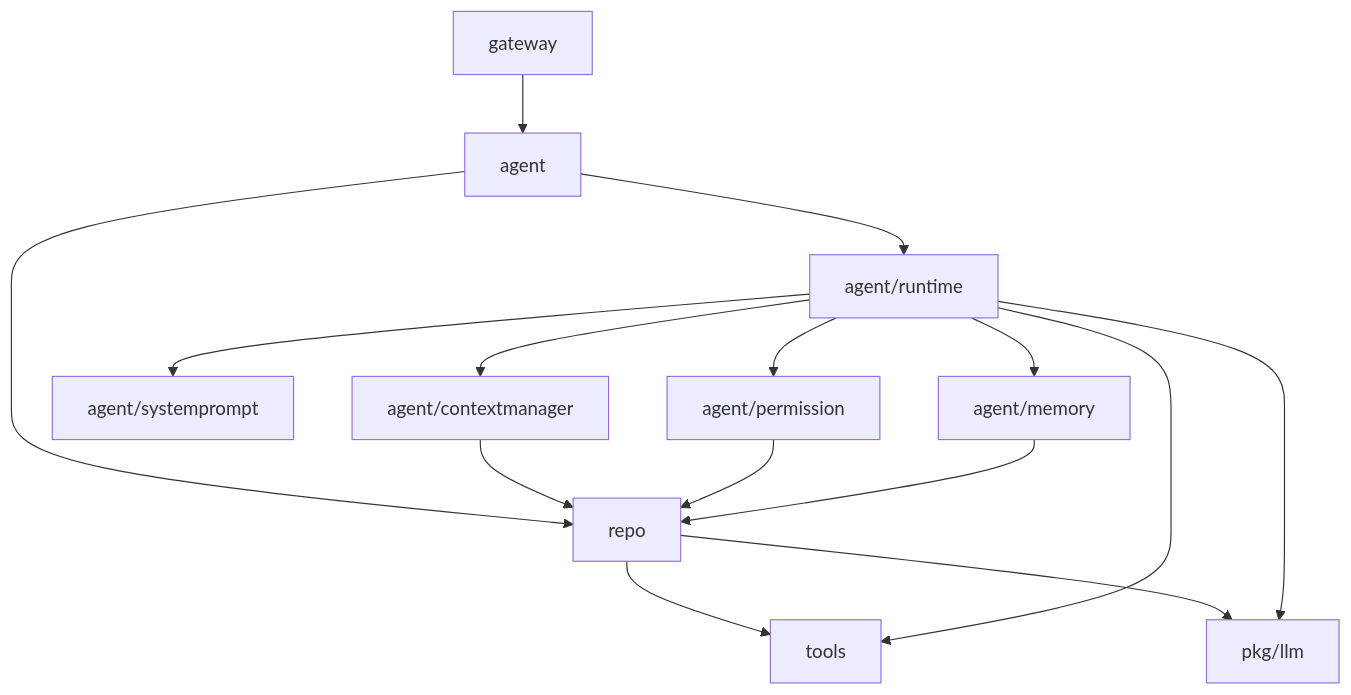
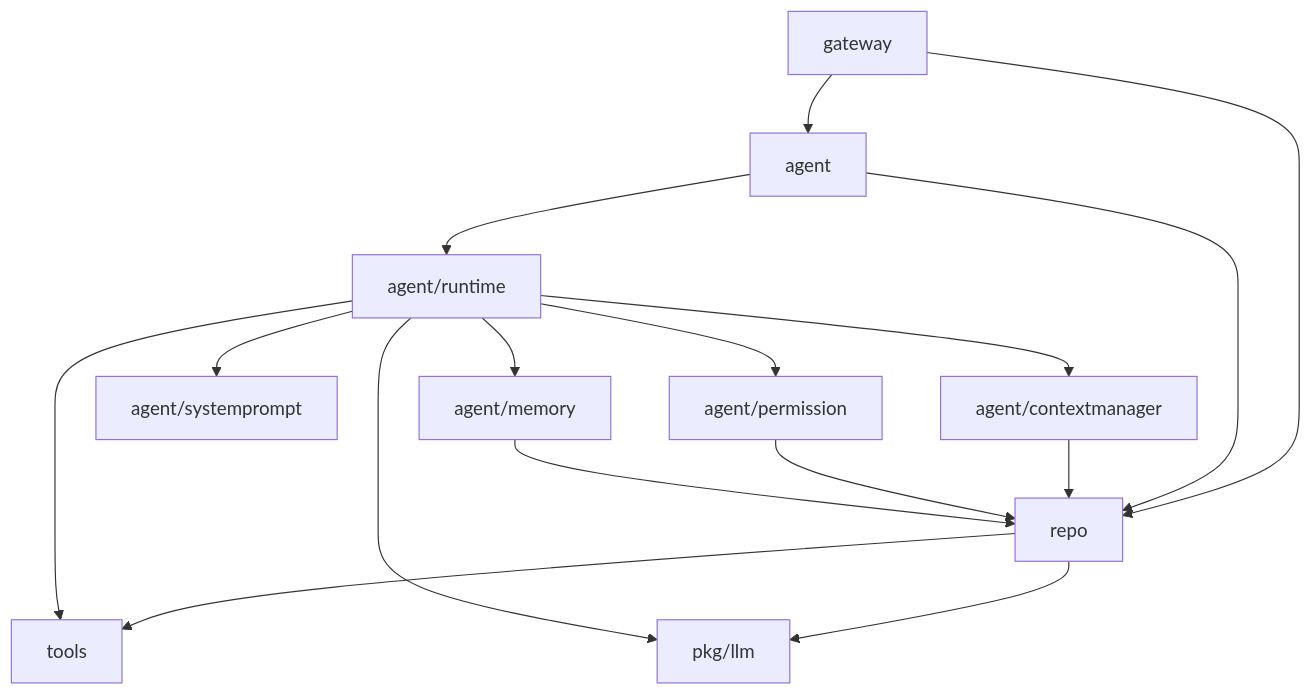
One commit to 0xfakeSpike/ollupi-docs changed the first of 2 diagrams in docs/zh/engine/architecture.md. Above: the diagram before and after it, drawn with Mermaid. The commit also changed other lines of this file and 13 other files, not shown here.

````diff
--- a/docs/zh/engine/architecture.md
+++ b/docs/zh/engine/architecture.md
@@ -33,17 +41,18 @@
 ```mermaid
 flowchart TD
   gateway["gateway"] --> agent["agent"]
+  gateway --> repo
   agent --> runtime["agent/runtime"]
   runtime --> cm["agent/contextmanager"]
   runtime --> sp["agent/systemprompt"]
   runtime --> perm["agent/permission"]
   runtime --> mem["agent/memory"]
   agent --> repo["repo"]
   cm --> repo
   perm --> repo
   mem --> repo
   repo --> tools["tools"]
   repo --> llm["pkg/llm"]
   runtime --> tools
   runtime --> llm
 ```
````
